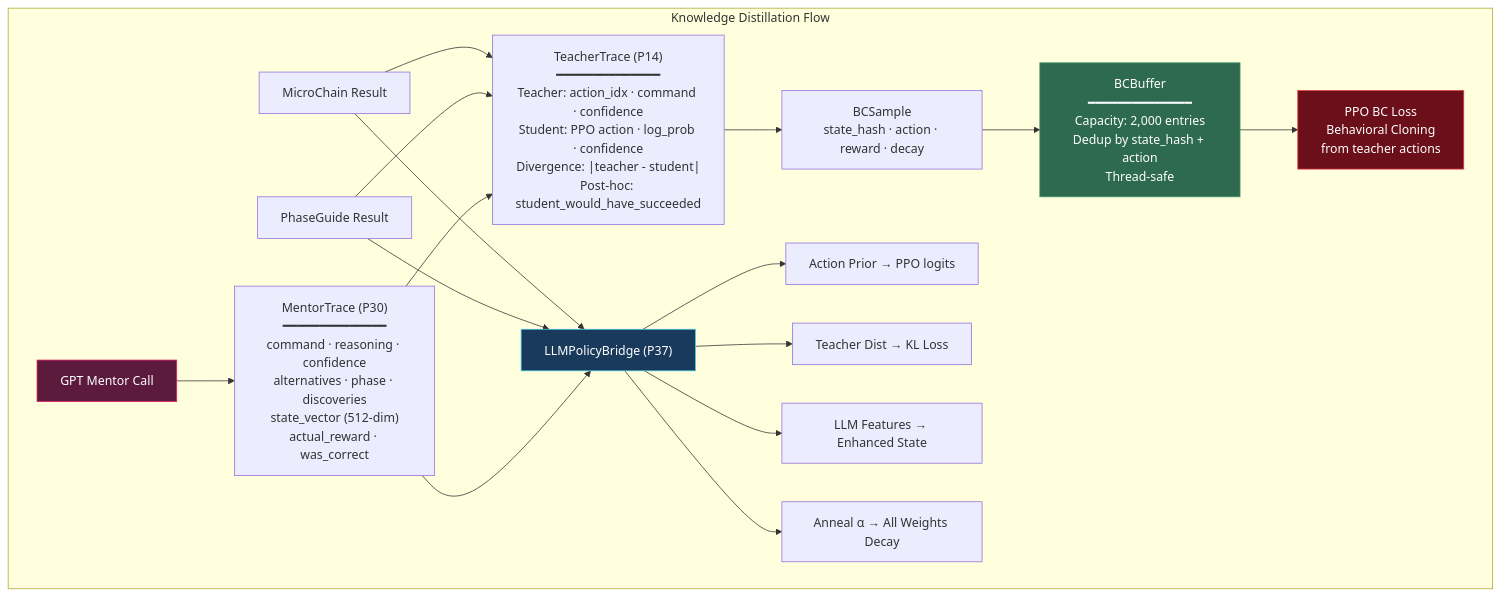
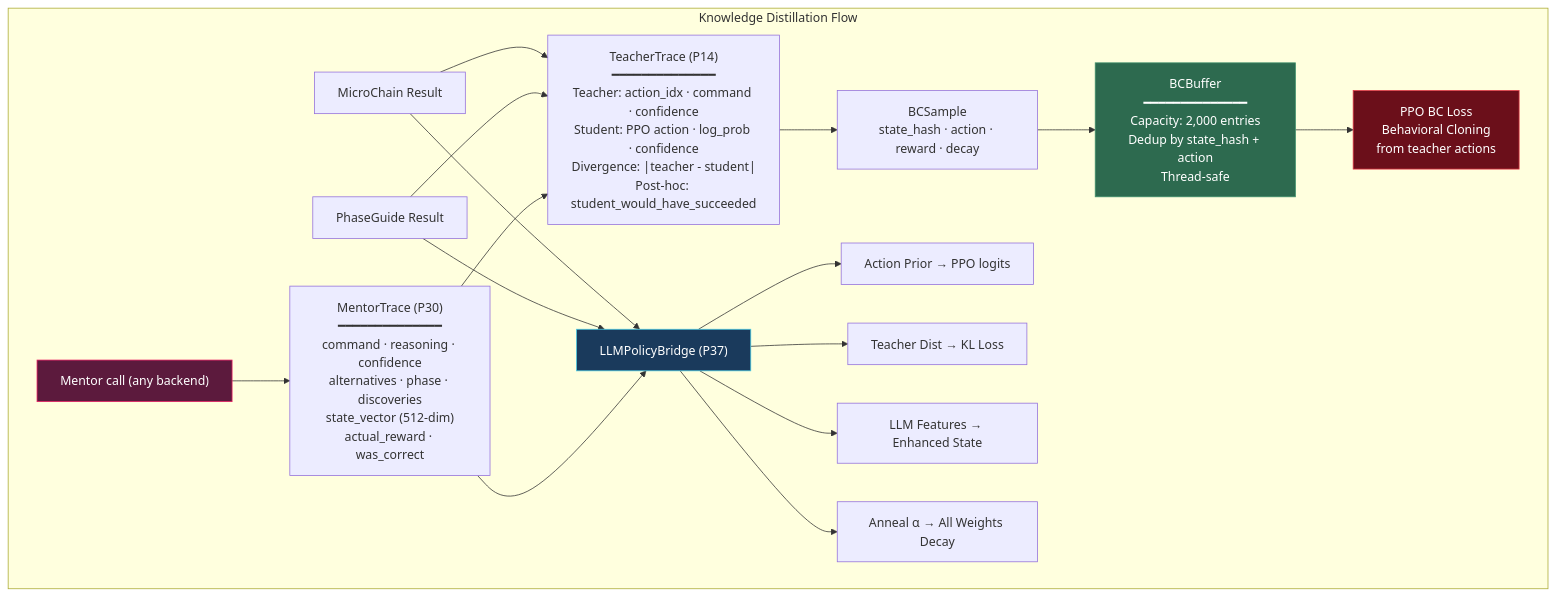
Before and after one commit to Reckless98/Ariaska_RL: diagram 12 of 19 in README.md, drawn with Mermaid. The commit also changed other lines of this file and 17 other files, not shown here.

First line of the commit message:
refactor(rl-core): mentor backend seam, learning-signal integrity, outcome-aware TeacherTrace

````diff
--- a/README.md
+++ b/README.md
@@ -782,28 +837,28 @@
 ```mermaid
 graph TB
     subgraph "Knowledge Distillation Flow"
-        MENTOR["GPT Mentor Call"] --> MT["MentorTrace (P30)<br/>━━━━━━━━━━━━━━<br/>command · reasoning · confidence<br/>alternatives · phase · discoveries<br/>state_vector (512-dim)<br/>actual_reward · was_correct"]
+        MENTOR["Mentor call (any backend)"] --> MT["MentorTrace (P30)<br/>━━━━━━━━━━━━━━<br/>command · reasoning · confidence<br/>alternatives · phase · discoveries<br/>state_vector (512-dim)<br/>actual_reward · was_correct"]
         
         MC["MicroChain Result"] --> TT
         PG["PhaseGuide Result"] --> TT
         MT --> TT
         
         TT["TeacherTrace (P14)<br/>━━━━━━━━━━━━━━<br/>Teacher: action_idx · command · confidence<br/>Student: PPO action · log_prob · confidence<br/>Divergence: |teacher - student|<br/>Post-hoc: student_would_have_succeeded"]
         
         TT --> BC["BCSample<br/>state_hash · action · reward · decay"]
         BC --> BUFFER["BCBuffer<br/>━━━━━━━━━━━━━━<br/>Capacity: 2,000 entries<br/>Dedup by state_hash + action<br/>Thread-safe"]
         
         BUFFER --> PPO_BC["PPO BC Loss<br/>Behavioral Cloning<br/>from teacher actions"]
         
         MC & PG & MT --> LPB["LLMPolicyBridge (P37)"]
         LPB --> PRIOR["Action Prior → PPO logits"]
         LPB --> TEACHER_DIST["Teacher Dist → KL Loss"]
         LPB --> FEATURES["LLM Features → Enhanced State"]
         LPB --> ANNEAL_A["Anneal α → All Weights Decay"]
     end
 
     style MENTOR fill:#5c1a3d,stroke:#e91e63,color:#fff
     style BUFFER fill:#2d6a4f,stroke:#40916c,color:#fff
     style LPB fill:#1a3a5c,stroke:#48cae4,color:#fff
     style PPO_BC fill:#6b0f1a,stroke:#e63946,color:#fff
 ```
````
